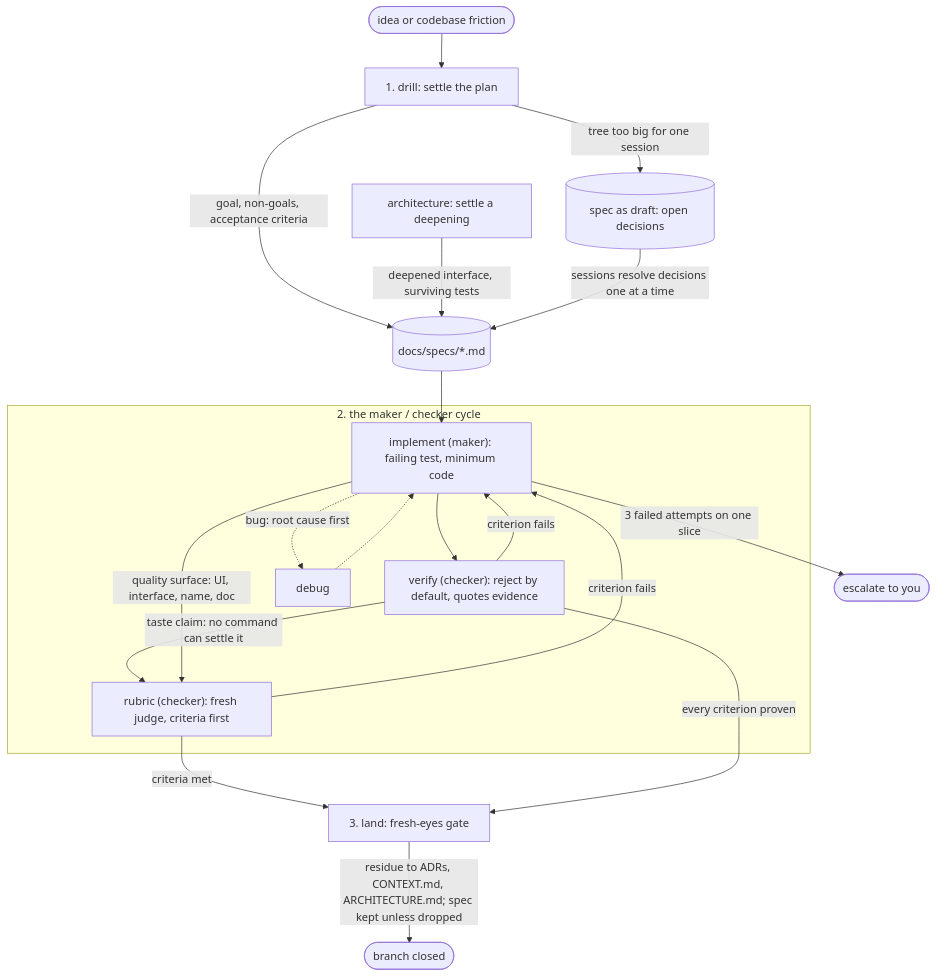
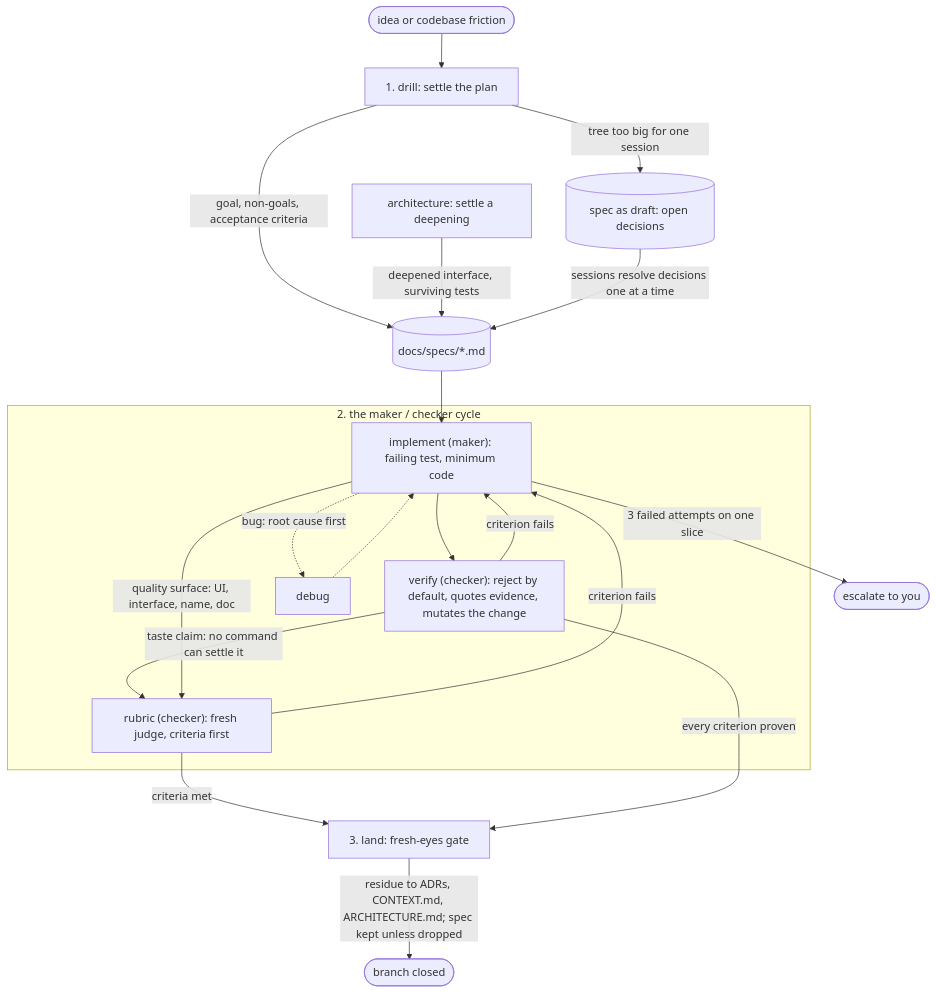
Before and after one commit to pwguler/skills: the diagram in README.md, drawn with Mermaid. The commit also changed 7 other files, not shown here.

Commit message:
verify: mutate the change and gate on survivors; tooling: per-language mutation tool and lint-rule tables; implement and specs name the command

````diff
--- a/README.md
+++ b/README.md
@@ -53,24 +53,24 @@
 ```mermaid
 flowchart TD
     idea([idea or codebase friction]) --> drill["1. drill: settle the plan"]
     drill -- "goal, non-goals, acceptance criteria" --> spec[("docs/specs/*.md")]
     arch["architecture: settle a deepening"] -- "deepened interface, surviving tests" --> spec
     drill -- "tree too big for one session" --> draft[("spec as draft: open decisions")]
     draft -- "sessions resolve decisions one at a time" --> spec
     spec --> impl
 
     subgraph cycle["2. the maker / checker cycle"]
-        impl["implement (maker): failing test, minimum code"] --> verify["verify (checker): reject by default, quotes evidence"]
+        impl["implement (maker): failing test, minimum code"] --> verify["verify (checker): reject by default, quotes evidence, mutates the change"]
         verify -- "criterion fails" --> impl
         impl -. "bug: root cause first" .-> debug
         debug -.-> impl
         rub["rubric (checker): fresh judge, criteria first"] -- "criterion fails" --> impl
     end
 
     verify -- "taste claim: no command can settle it" --> rub
     impl -- "quality surface: UI, interface, name, doc" --> rub
     rub -- "criteria met" --> land
     verify -- "every criterion proven" --> land["3. land: fresh-eyes gate"]
     impl -- "3 failed attempts on one slice" --> you(["escalate to you"])
     land -- "residue to ADRs, CONTEXT.md, ARCHITECTURE.md; spec kept unless dropped" --> done([branch closed])
 ```
````
